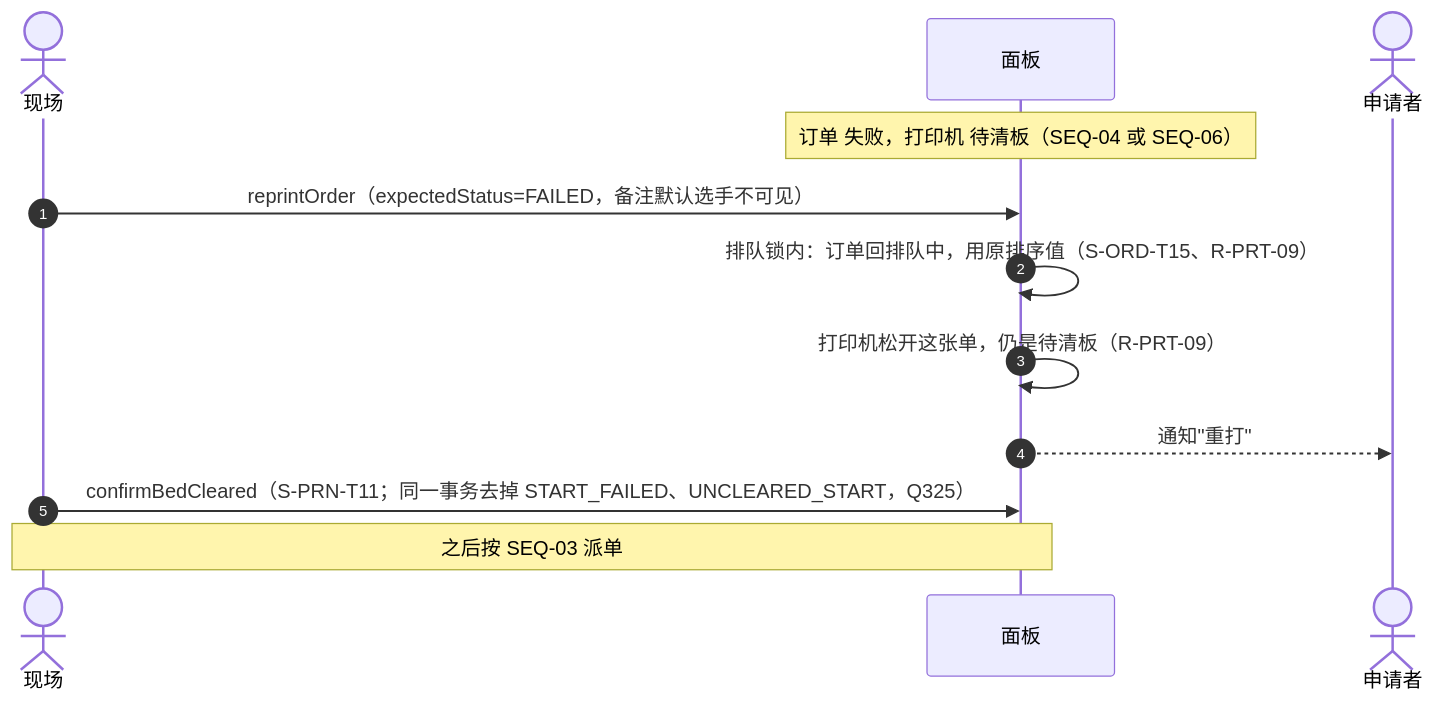
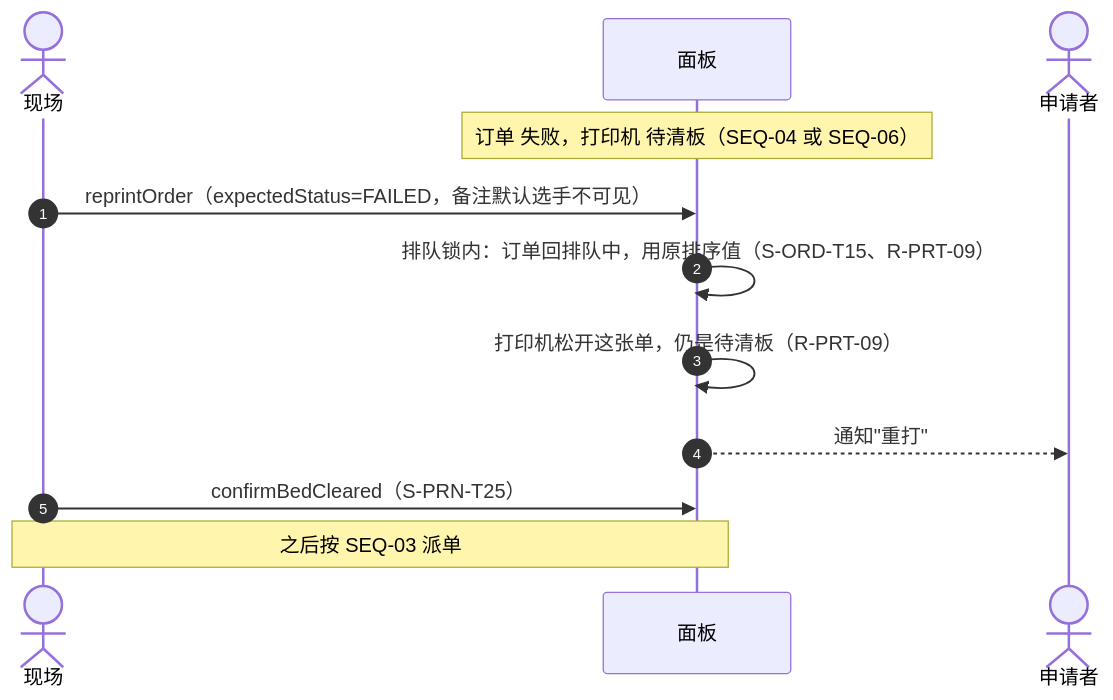
Before and after one commit to PlateRelay/PlateRelay: the eighth of 11 diagrams in docs/design/03-sequences.md, drawn with Mermaid. The commit also changed other lines of this file and 4 other files, not shown here.

First line of the commit message:
docs(design): update sequences and clean up references to removed rules in second draft

````diff
--- a/docs/design/03-sequences.md
+++ b/docs/design/03-sequences.md
@@ -340,14 +334,14 @@
 ```mermaid
 sequenceDiagram
   autonumber
   actor S as 现场
   participant P as 面板
   actor A as 申请者
   Note over P: 订单 失败，打印机 待清板（SEQ-04 或 SEQ-06）
   S->>P: reprintOrder（expectedStatus=FAILED，备注默认选手不可见）
   P->>P: 排队锁内：订单回排队中，用原排序值（S-ORD-T15、R-PRT-09）
   P->>P: 打印机松开这张单，仍是待清板（R-PRT-09）
   P-->>A: 通知"重打"
-  S->>P: confirmBedCleared（S-PRN-T11；同一事务去掉 START_FAILED、UNCLEARED_START，Q325）
+  S->>P: confirmBedCleared（S-PRN-T25）
   Note over S,P: 之后按 SEQ-03 派单
 ```
````
